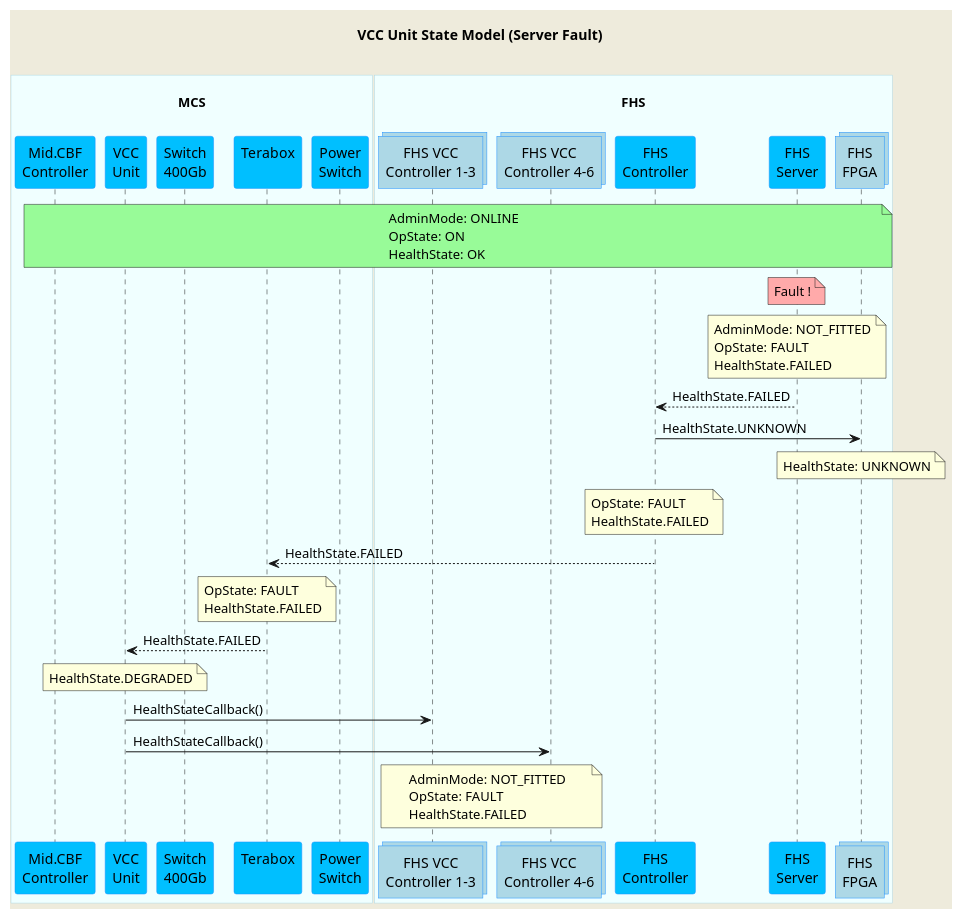
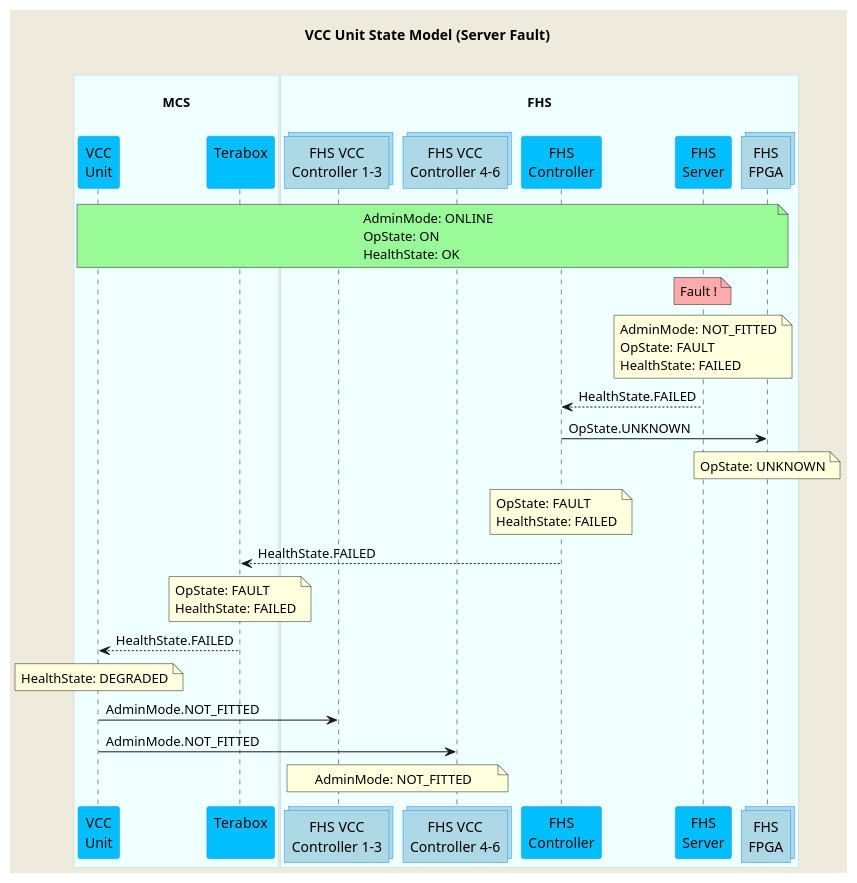
Before and after one commit to ska-telescope/mid-cbf-mcs: the diagram in docs/src/diagrams/FHS Design/vcc-unit-server-fault-state-model.puml, drawn with PlantUML. The commit also changed 5 other files, not shown here.

Commit message:
CIP-2720 sequence diagram updates

```diff
--- a/docs/src/diagrams/FHS Design/vcc-unit-server-fault-state-model.puml
+++ b/docs/src/diagrams/FHS Design/vcc-unit-server-fault-state-model.puml
@@ -1,77 +1,75 @@
 @startuml
 'https://plantuml.com/sequence-diagram
 skinparam backgroundColor #EEEBDC
 skinparam sequence {
 ParticipantBorderColor DodgerBlue
 ParticipantBackgroundColor DeepSkyBlue
 ActorBorderColor DarkGreen
 ActorBackgroundColor Green
 BoxBorderColor LightBlue
 BoxBackgroundColor #F0FFFF
 }
 skinparam collections {
   BackGroundColor LightBlue
   BorderColor DodgerBlue
 }
 skinparam database {
   BackgroundColor LightGreen
   BorderColor DarkGreen
 }
 title VCC Unit State Model (Server Fault)\n
 ' participant "LMC\n" as lmc #Thistle
 box "\nMCS\n"
-  participant "Mid.CBF\nController" as controller
   participant "VCC\nUnit" as vcc_unit
-  participant "Switch\n400Gb" as switch
+  ' participant "Switch\n400Gb" as switch
   participant "Terabox\n" as terabox
-  participant "Power\nSwitch" as ps
 end box
 ' participant "Local\nCache" as cache #Salmon
 ' participant "PDU\n" as pdu #Orange
 ' participant "FHS\nBMC" as fhs_bmc #Grey
 ' participant "FPGA\nBMC" as fpga_bmc #Grey
 box "\nFHS\n"
     collections "FHS VCC\nController 1-3" as vcc_cont1
     collections "FHS VCC\nController 4-6" as vcc_cont2
 
     participant "FHS\nController" as fhs_cont
     participant "FHS\nServer" as fhs_cpu
     collections "FHS\nFPGA" as fhs_fpga
 end box
 
-note over controller, fhs_fpga #PaleGreen  : AdminMode: ONLINE\nOpState: ON\nHealthState: OK
+note over vcc_unit, fhs_fpga #PaleGreen  : AdminMode: ONLINE\nOpState: ON\nHealthState: OK
 
 note over fhs_cpu #FFAAAA        : Fault !
-note over fhs_cpu                  : AdminMode: NOT_FITTED\nOpState: FAULT\nHealthState.FAILED
+note over fhs_cpu                  : AdminMode: NOT_FITTED\nOpState: FAULT\nHealthState: FAILED
 
 fhs_cont           <--  fhs_cpu    : HealthState.FAILED
-fhs_cont           ->  fhs_fpga    : HealthState.UNKNOWN
-note over fhs_fpga                 : HealthState: UNKNOWN
-note over fhs_cont                 : OpState: FAULT\nHealthState.FAILED
+fhs_cont           ->  fhs_fpga    : OpState.UNKNOWN
+note over fhs_fpga                 : OpState: UNKNOWN
+note over fhs_cont                 : OpState: FAULT\nHealthState: FAILED
 
 terabox            <--  fhs_cont   : HealthState.FAILED
-note over terabox                  : OpState: FAULT\nHealthState.FAILED
+note over terabox                  : OpState: FAULT\nHealthState: FAILED
 vcc_unit           <--  terabox    : HealthState.FAILED
-note over vcc_unit                 : HealthState.DEGRADED
-vcc_unit            ->  vcc_cont1  : HealthStateCallback()
-vcc_unit            ->  vcc_cont2  : HealthStateCallback()
-note over vcc_cont1, vcc_cont2     : AdminMode: NOT_FITTED\nOpState: FAULT\nHealthState.FAILED
+note over vcc_unit                 : HealthState: DEGRADED
+vcc_unit            ->  vcc_cont1  : AdminMode.NOT_FITTED
+vcc_unit            ->  vcc_cont2  : AdminMode.NOT_FITTED
+note over vcc_cont1, vcc_cont2     : AdminMode: NOT_FITTED
 
 ' vcc_unit            <-  switch     : HealthState.OK
 ' vcc_unit            <-  ps         : HealthState.OK
 ' terabox             ->  terabox    : UpdateHealthState()
 ' fhs_cont            ->  fhs_cont   : UpdateHealthState()
 ' fhs_cont            <-  fhs_cpu    : HealthState.OK
 
 ' fhs_cont            <-  fhs_fpga2  : HealthState.OK
 
 
 ' vcc_unit            ->  vcc_cont1  : UpdateHealthState()
 ' vcc_unit            ->  vcc_cont2  : UpdateHealthState()
 ' note over fhs_cont                 : HealthState.DEGRADED
 ' note over terabox                  : HealthState.DEGRADED
 ' note over vcc_unit                 : HealthState.DEGRADED
 
 
 
 @enduml
```
